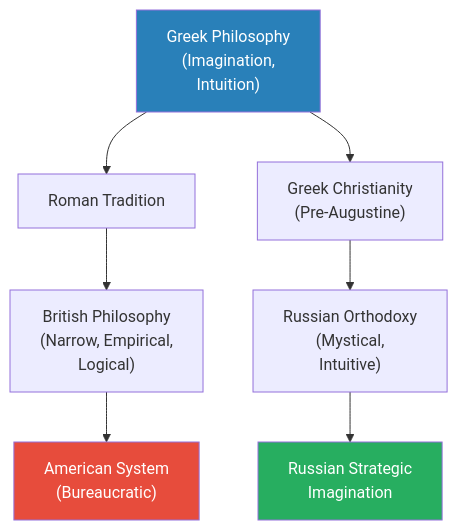
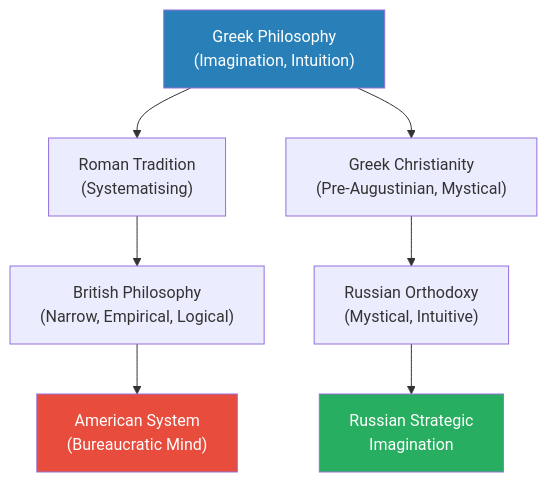
One commit to alius33/reader changed diagram 11 of 11 in summaries/Lectures/Geo-Strategy/10 - Putin's Strategic Imagination.md. Above: the diagram before and after it, drawn with Mermaid. The commit also changed other lines of this file and 26 other files, not shown here.

````diff
--- a/summaries/Lectures/Geo-Strategy/10 - Putin's Strategic Imagination.md
+++ b/summaries/Lectures/Geo-Strategy/10 - Putin's Strategic Imagination.md
@@ -790,13 +590,13 @@
 ```mermaid
 flowchart TB
-    GR["Greek Philosophy<br/>(Imagination,<br/>Intuition)"]
-    GR --> ROM["Roman Tradition"]
-    GR --> CHR["Greek Christianity<br/>(Pre-Augustine)"]
-    ROM --> BR["British Philosophy<br/>(Narrow, Empirical,<br/>Logical)"]
-    BR --> AM["American System<br/>(Bureaucratic)"]
-    CHR --> RUS["Russian Orthodoxy<br/>(Mystical,<br/>Intuitive)"]
+    GR["Greek Philosophy<br/>(Imagination, Intuition)"]
+    GR --> ROM["Roman Tradition<br/>(Systematising)"]
+    GR --> CHR["Greek Christianity<br/>(Pre-Augustinian, Mystical)"]
+    ROM --> BR["British Philosophy<br/>(Narrow, Empirical, Logical)"]
+    BR --> AM["American System<br/>(Bureaucratic Mind)"]
+    CHR --> RUS["Russian Orthodoxy<br/>(Mystical, Intuitive)"]
     RUS --> RSM["Russian Strategic<br/>Imagination"]
     style GR fill:#2980b9,color:#fff
     style RSM fill:#27ae60,color:#fff
     style AM fill:#e74c3c,color:#fff
 ```
````
